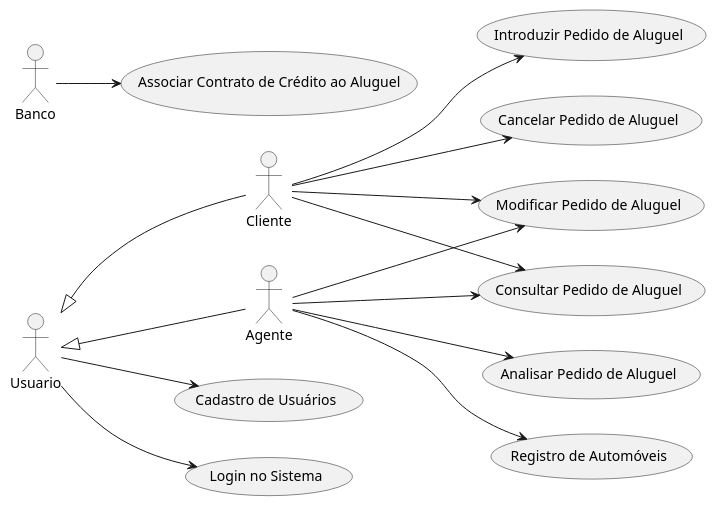
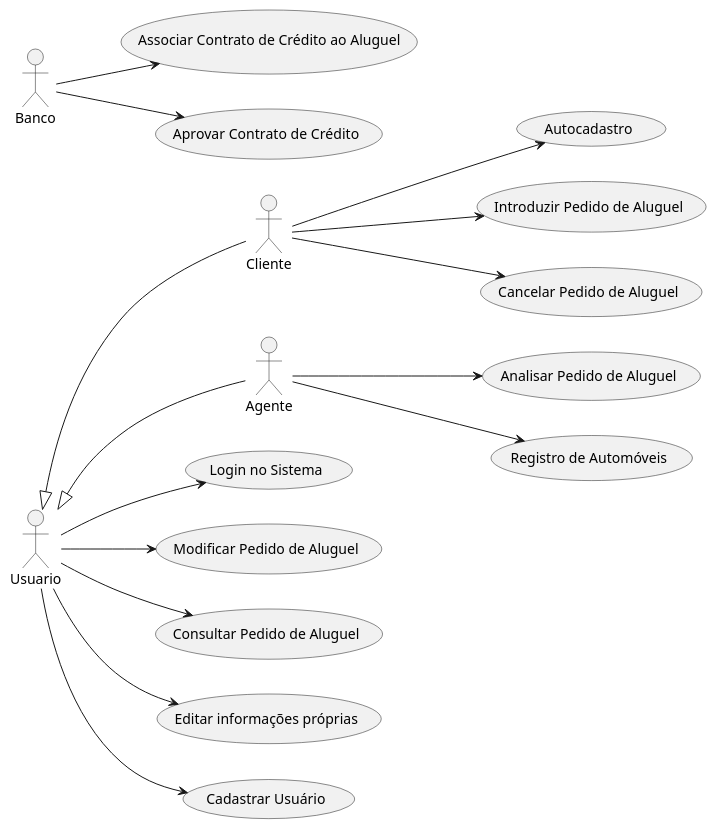
One commit to PedroRamos98/Aluguel-De-Carros changed the diagram in project/code/CasoDeUso.puml. Above: the diagram before and after it, drawn with PlantUML. The commit also changed 1 other file, not shown here.

Commit message:
Refactor Diagramas de Caso de Uso e Diagrama de Classe

```diff
--- a/project/code/CasoDeUso.puml
+++ b/project/code/CasoDeUso.puml
@@ -1,38 +1,44 @@
 @startuml
 
 left to right direction
 
 actor Usuario as U
 actor Cliente as C
 actor Agente as A
 actor Banco as B
 
 U <|-- C
 U <|-- A
 
-usecase "Cadastro de Usuários" as UC1
+usecase "Autocadastro" as UC0
+
 usecase "Login no Sistema" as UC2
 usecase "Introduzir Pedido de Aluguel" as UC3
 usecase "Modificar Pedido de Aluguel" as UC4
 usecase "Consultar Pedido de Aluguel" as UC5
 usecase "Cancelar Pedido de Aluguel" as UC6
 usecase "Analisar Pedido de Aluguel" as UC7
 usecase "Registro de Automóveis" as UC8
 usecase "Associar Contrato de Crédito ao Aluguel" as UC9
+usecase "Aprovar Contrato de Crédito" as UC10
+usecase "Editar informações próprias" as UC1
+usecase "Cadastrar Usuário" as UC11
+
+C --> UC0
 
 U --> UC1
 U --> UC2
+U --> UC4
+U --> UC5
+U --> UC11
 
 C --> UC3
-C --> UC4
-C --> UC5
 C --> UC6
 
-A --> UC4
-A --> UC5
 A --> UC7
 A --> UC8
 
 B --> UC9
+B --> UC10
 
 @enduml
```
